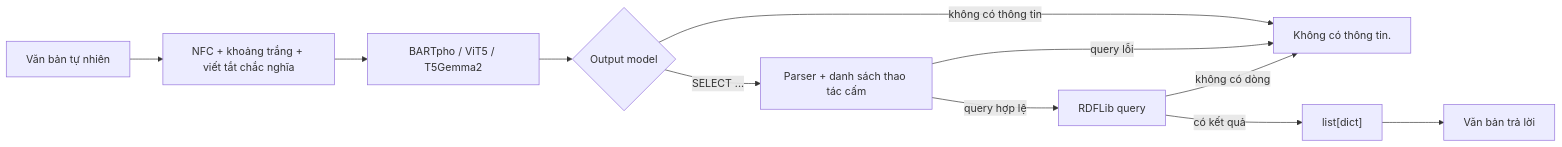
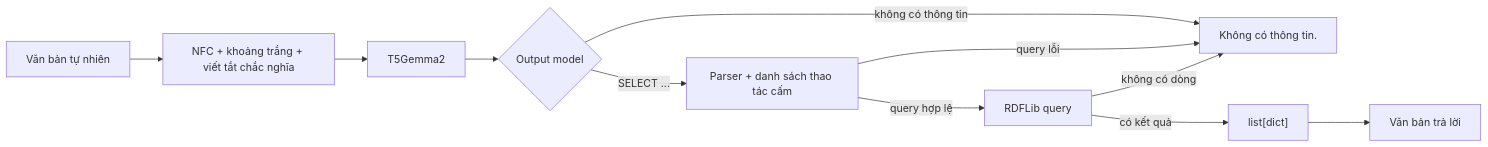
The diagram in docs/CONCEPT.md (vpthinh19/ontology-chatbot), drawn with Mermaid before and after one commit. The commit also changed other lines of this file and 15 other files, not shown here.

````diff
--- a/docs/CONCEPT.md
+++ b/docs/CONCEPT.md
@@ -31,13 +31,13 @@
 ```mermaid
 flowchart LR
     Q["Văn bản tự nhiên"] --> N["NFC + khoảng trắng + viết tắt chắc nghĩa"]
-    N --> M["BARTpho / ViT5 / T5Gemma2"]
+    N --> M["T5Gemma2"]
     M --> D{"Output model"}
     D -- "không có thông tin" --> X["Không có thông tin."]
     D -- "SELECT ..." --> V["Parser + danh sách thao tác cấm"]
     V -- "query lỗi" --> X
     V -- "query hợp lệ" --> G["RDFLib query"]
     G -- "không có dòng" --> X
     G -- "có kết quả" --> R["list[dict]"]
     R --> T["Văn bản trả lời"]
 ```
````
